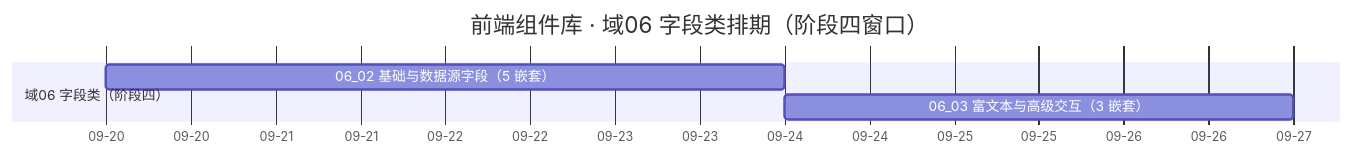
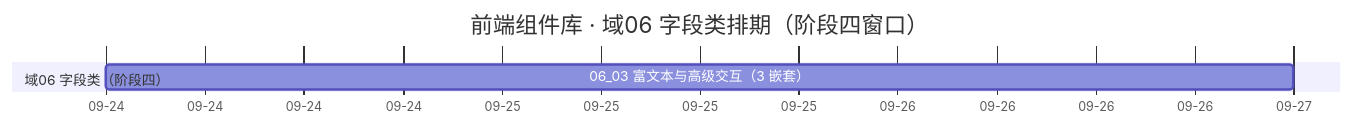
One commit to minjian123/basic-management-system changed the diagram in bms文档/项目/04_前端组件库/计划/01_计划_前端组件库.md. Above: the diagram before and after it, drawn with Mermaid. The commit also changed other lines of this file and 5 other files, not shown here.

````diff
--- a/bms文档/项目/04_前端组件库/计划/01_计划_前端组件库.md
+++ b/bms文档/项目/04_前端组件库/计划/01_计划_前端组件库.md
@@ -60,9 +60,8 @@
 ```mermaid
 gantt
     title 前端组件库 · 域06 字段类排期（阶段四窗口）
     dateFormat  YYYY-MM-DD
     axisFormat %m-%d
     section 域06 字段类（阶段四）
-    06_02 基础与数据源字段（5 嵌套） :f02, 2026-09-20, 4d
     06_03 富文本与高级交互（3 嵌套） :f03, 2026-09-24, 3d
 ```
````
